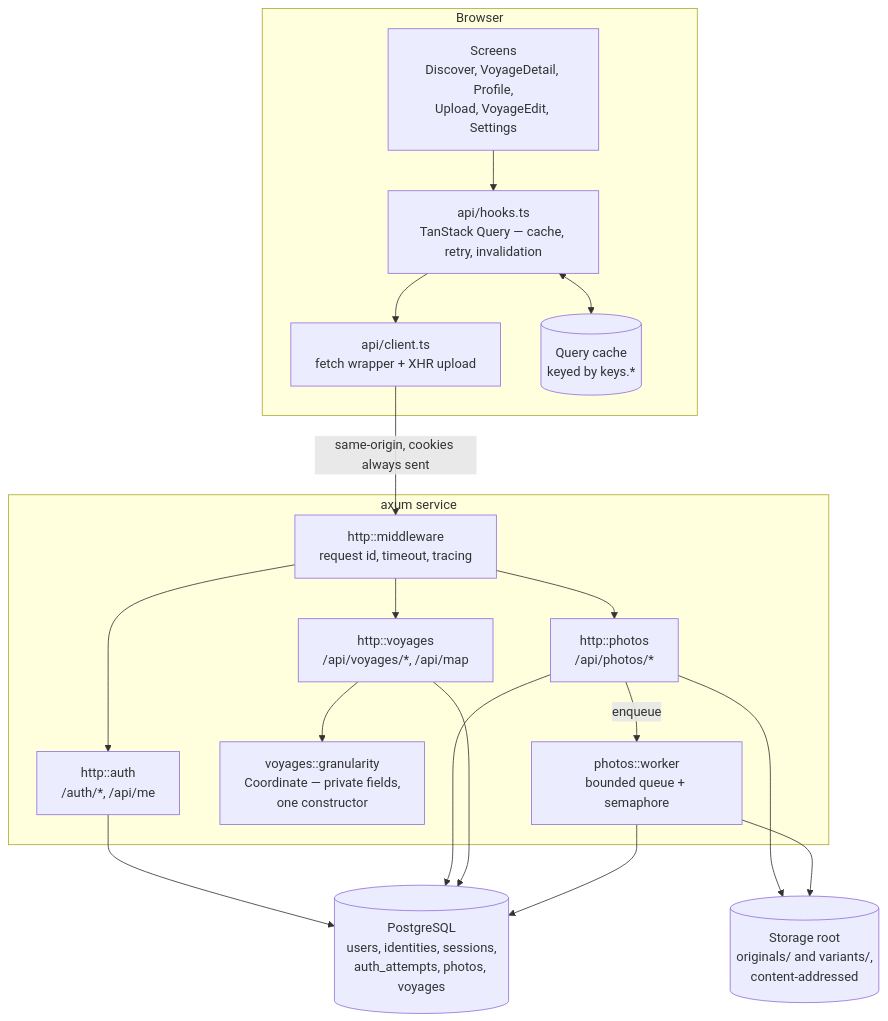
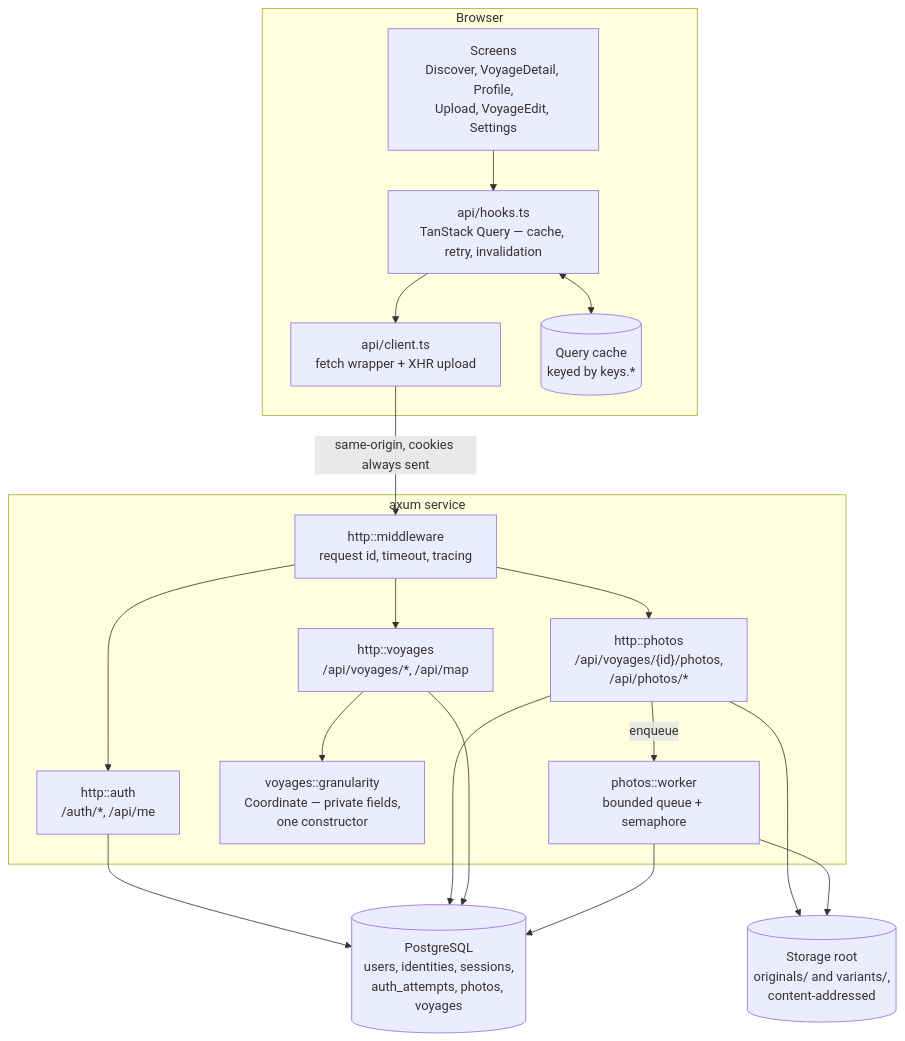
Before and after one commit to brporter/pinvoyager: the first of 6 diagrams in docs/designs/data-flow.md, drawn with Mermaid. The commit also changed other lines of this file and 84 other files, not shown here.

````diff
--- a/docs/designs/data-flow.md
+++ b/docs/designs/data-flow.md
@@ -5,37 +5,37 @@
 ```mermaid
 graph TD
     subgraph Browser
         Screens["Screens<br/>Discover, VoyageDetail, Profile,<br/>Upload, VoyageEdit, Settings"]
         Hooks["api/hooks.ts<br/>TanStack Query — cache, retry, invalidation"]
         Client["api/client.ts<br/>fetch wrapper + XHR upload"]
         Cache[("Query cache<br/>keyed by keys.*")]
     end
 
     subgraph Service["axum service"]
         MW["http::middleware<br/>request id, timeout, tracing"]
         Auth["http::auth<br/>/auth/*, /api/me"]
-        Photos["http::photos<br/>/api/photos/*"]
+        Photos["http::photos<br/>/api/voyages/{id}/photos,<br/>/api/photos/*"]
         Voyages["http::voyages<br/>/api/voyages/*, /api/map"]
         Gran["voyages::granularity<br/>Coordinate — private fields,<br/>one constructor"]
         Worker["photos::worker<br/>bounded queue + semaphore"]
     end
 
     DB[("PostgreSQL<br/>users, identities, sessions,<br/>auth_attempts, photos, voyages")]
     Disk[("Storage root<br/>originals/ and variants/,<br/>content-addressed")]
 
     Screens --> Hooks
     Hooks <--> Cache
     Hooks --> Client
     Client -->|"same-origin, cookies always sent"| MW
     MW --> Auth
     MW --> Photos
     MW --> Voyages
     Auth --> DB
     Photos --> DB
     Photos --> Disk
     Voyages --> DB
     Voyages --> Gran
     Photos -->|enqueue| Worker
     Worker --> DB
     Worker --> Disk
 ```
````
